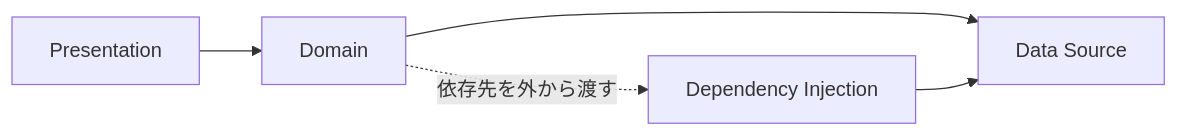
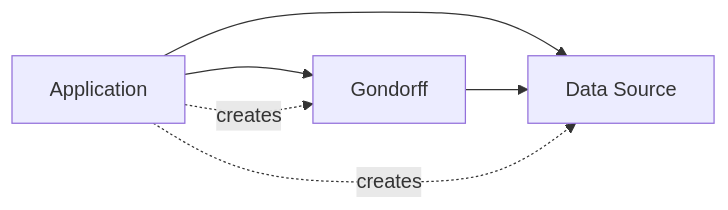
One commit to t-shirayama/martinfowler-articles-ja changed the third of 6 diagrams in public/content/articles/refactoring-module-dependencies.md. Above: the diagram before and after it, drawn with Mermaid. The commit also changed other lines of this file and 21 other files, not shown here.

````diff
--- a/public/content/articles/refactoring-module-dependencies.md
+++ b/public/content/articles/refactoring-module-dependencies.md
@@ -31,7 +624,8 @@
 ```mermaid
 flowchart LR
-  UI[Presentation] --> Domain[Domain]
-  Domain --> Data[Data Source]
-  Domain -. 依存先を外から渡す .-> Injector[Dependency Injection]
-  Injector --> Data
+  App[Application] --> Gondorff[Gondorff]
+  App --> DataSource[Data Source]
+  Gondorff --> DataSource
+  App -. creates .-> Gondorff
+  App -. creates .-> DataSource
 ```
````
